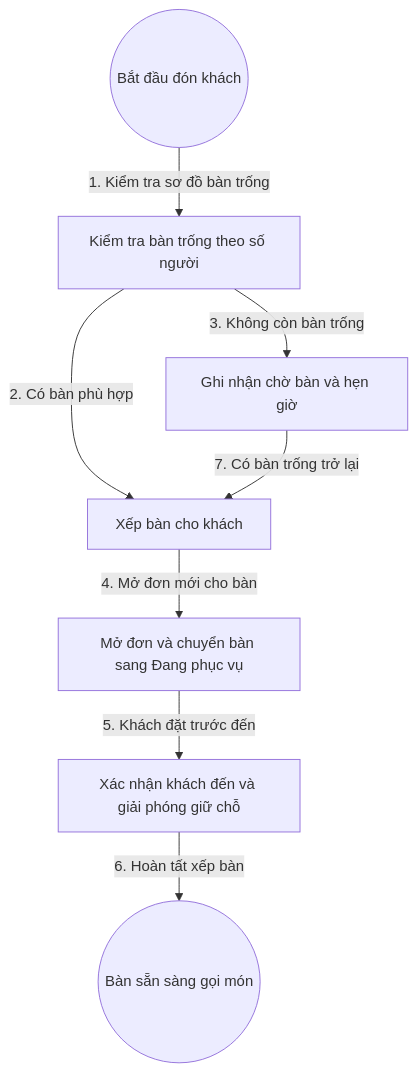
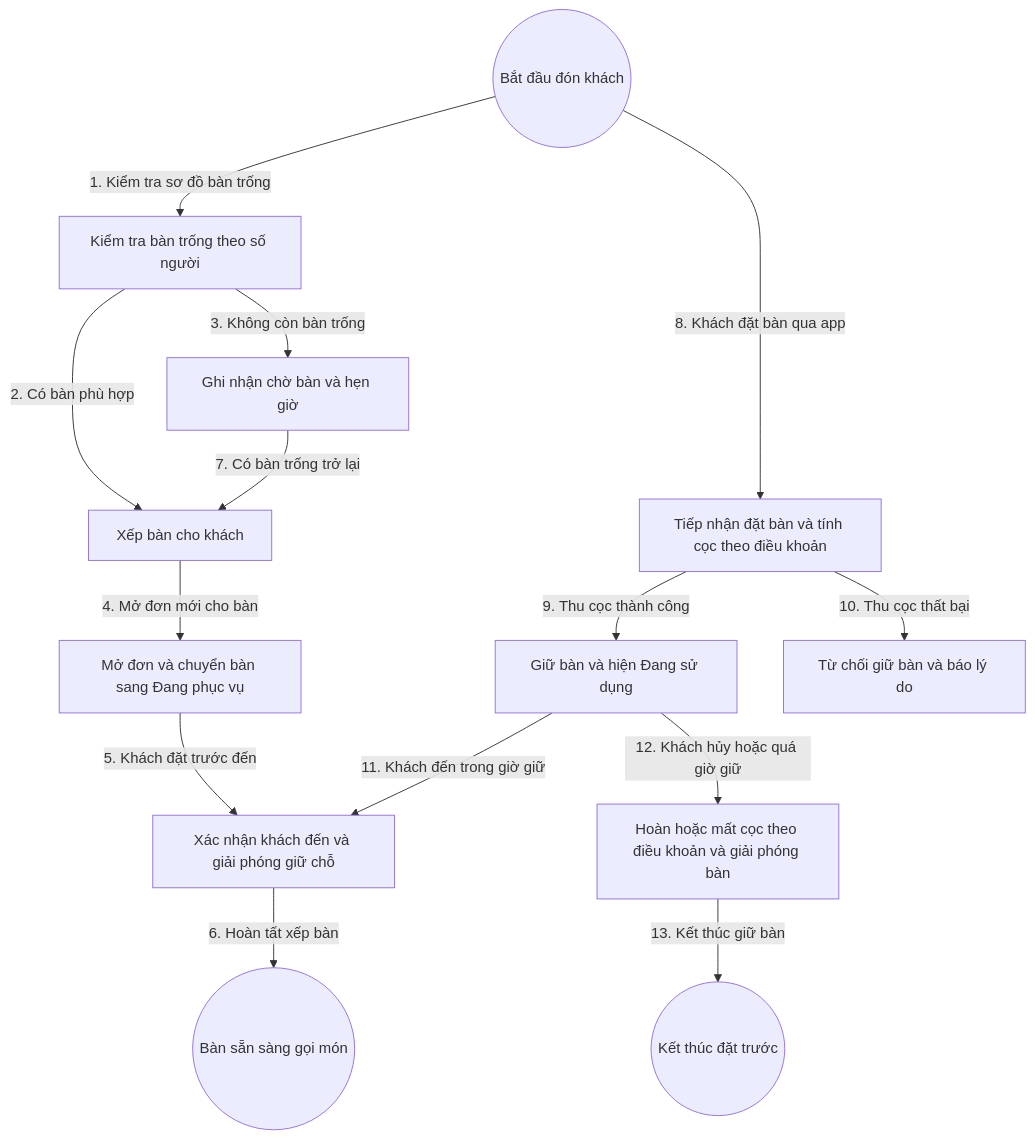
One commit to BrrrBrrpatabim26/dmechoson changed the diagram in flowchart/01.Quan_ly_nha_hang/2.Quan_ly_ban_va_dat_ban.md. Above: the diagram before and after it, drawn with Mermaid. The commit also changed other lines of this file and 4 other files, not shown here.

````diff
--- a/flowchart/01.Quan_ly_nha_hang/2.Quan_ly_ban_va_dat_ban.md
+++ b/flowchart/01.Quan_ly_nha_hang/2.Quan_ly_ban_va_dat_ban.md
@@ -25,10 +31,16 @@
 ```mermaid
 graph TD
   BatDau((Bắt đầu đón khách))-->|1. Kiểm tra sơ đồ bàn trống| LocBan[Kiểm tra bàn trống theo số người]
   LocBan-->|2. Có bàn phù hợp| XepBan[Xếp bàn cho khách]
   LocBan-->|3. Không còn bàn trống| GhiCho[Ghi nhận chờ bàn và hẹn giờ]
   XepBan-->|4. Mở đơn mới cho bàn| MoDon[Mở đơn và chuyển bàn sang Đang phục vụ]
   MoDon-->|5. Khách đặt trước đến| XacNhanDen[Xác nhận khách đến và giải phóng giữ chỗ]
   XacNhanDen-->|6. Hoàn tất xếp bàn| KetThuc((Bàn sẵn sàng gọi món))
   GhiCho-->|7. Có bàn trống trở lại| XepBan
+  BatDau-->|8. Khách đặt bàn qua app| DatApp[Tiếp nhận đặt bàn và tính cọc theo điều khoản]
+  DatApp-->|9. Thu cọc thành công| GiuBan[Giữ bàn và hiện Đang sử dụng]
+  DatApp-->|10. Thu cọc thất bại| TuChoiCoc[Từ chối giữ bàn và báo lý do]
+  GiuBan-->|11. Khách đến trong giờ giữ| XacNhanDen
+  GiuBan-->|12. Khách hủy hoặc quá giờ giữ| XuLyCoc[Hoàn hoặc mất cọc theo điều khoản và giải phóng bàn]
+  XuLyCoc-->|13. Kết thúc giữ bàn| KetThucHuy((Kết thúc đặt trước))
 ```
````
